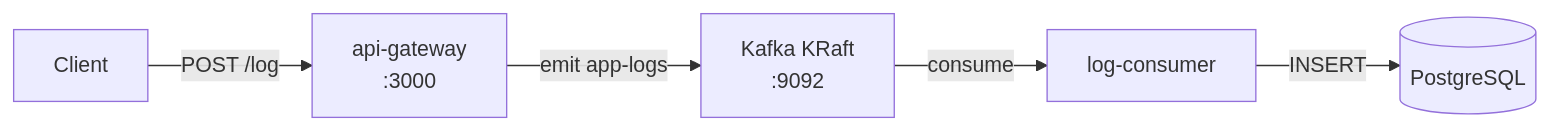
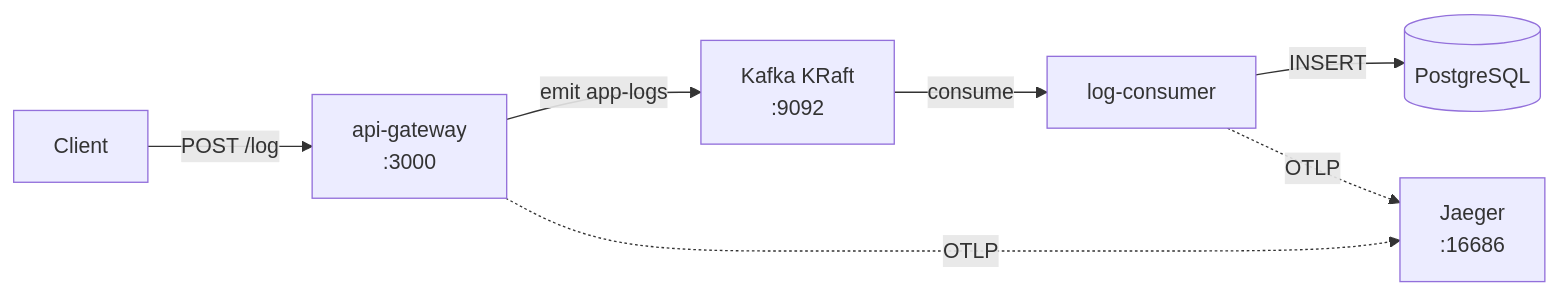
The diagram in README.md (mdcabezas/centralized-logging), drawn with Mermaid before and after one commit. The commit also changed other lines of this file and 17 other files, not shown here.

````diff
--- a/README.md
+++ b/README.md
@@ -7,7 +7,9 @@
 ```mermaid
 graph LR
   C[Client] -->|POST /log| G[api-gateway<br/>:3000]
   G -->|emit app-logs| K[Kafka KRaft<br/>:9092]
   K -->|consume| L[log-consumer]
   L -->|INSERT| P[(PostgreSQL)]
+  G -.->|OTLP| J[Jaeger<br/>:16686]
+  L -.->|OTLP| J
 ```
````
